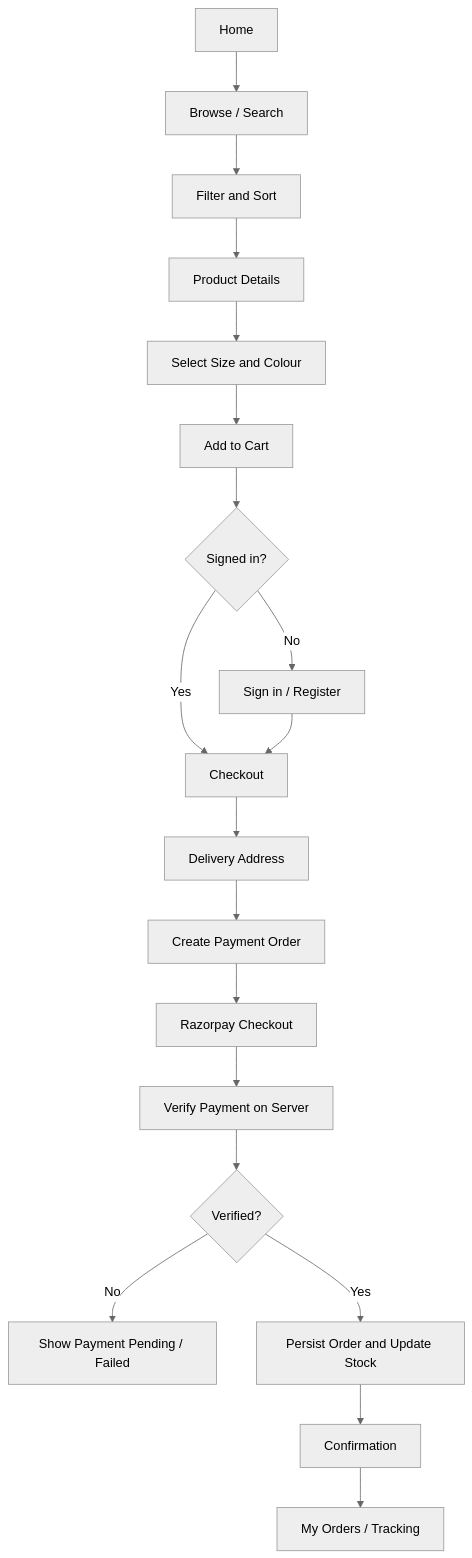
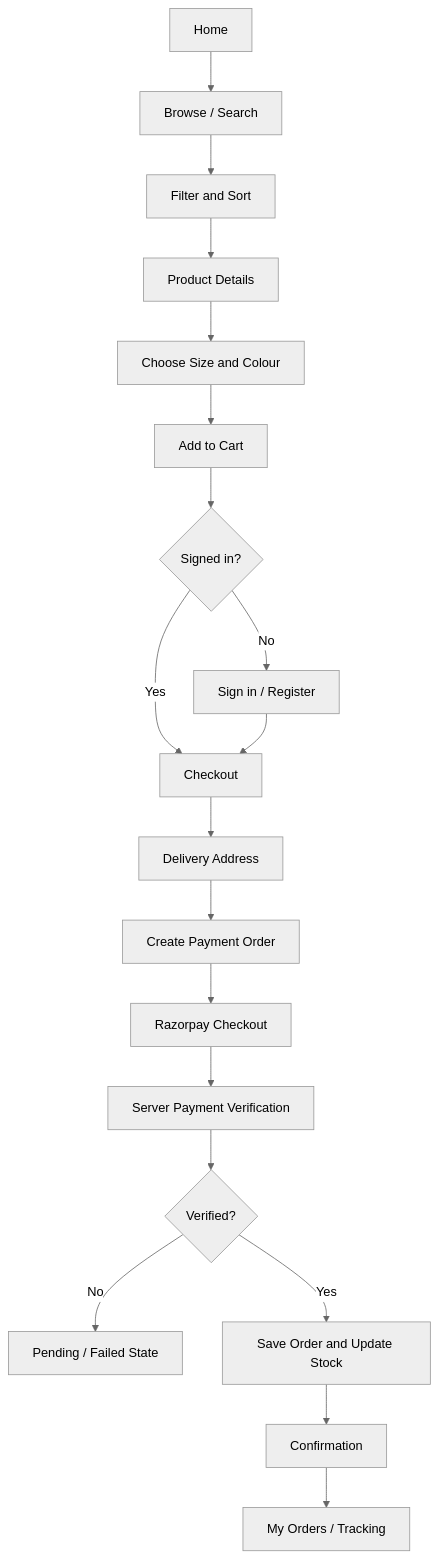
The first of 3 diagrams in docs/APP_FLOW.md (jaswanth5021/UbhayaFashions), drawn with Mermaid (neutral theme) before and after one commit. The commit also changed other lines of this file, not shown here.

````diff
--- a/docs/APP_FLOW.md
+++ b/docs/APP_FLOW.md
@@ -14,21 +10,21 @@
 ```mermaid
 flowchart TD
-    A[Home] --> B[Browse / Search]
-    B --> C[Filter and Sort]
-    C --> D[Product Details]
-    D --> E[Select Size and Colour]
-    E --> F[Add to Cart]
-    F --> G{Signed in?}
-    G -- No --> H[Sign in / Register]
-    G -- Yes --> I[Checkout]
-    H --> I
-    I --> J[Delivery Address]
-    J --> K[Create Payment Order]
-    K --> L[Razorpay Checkout]
-    L --> M[Verify Payment on Server]
-    M --> N{Verified?}
-    N -- No --> O[Show Payment Pending / Failed]
-    N -- Yes --> P[Persist Order and Update Stock]
-    P --> Q[Confirmation]
-    Q --> R[My Orders / Tracking]
+ A[Home] --> B[Browse / Search]
+ B --> C[Filter and Sort]
+ C --> D[Product Details]
+ D --> E[Choose Size and Colour]
+ E --> F[Add to Cart]
+ F --> G{Signed in?}
+ G -- No --> H[Sign in / Register]
+ G -- Yes --> I[Checkout]
+ H --> I
+ I --> J[Delivery Address]
+ J --> K[Create Payment Order]
+ K --> L[Razorpay Checkout]
+ L --> M[Server Payment Verification]
+ M --> N{Verified?}
+ N -- No --> O[Pending / Failed State]
+ N -- Yes --> P[Save Order and Update Stock]
+ P --> Q[Confirmation]
+ Q --> R[My Orders / Tracking]
 ```
````
